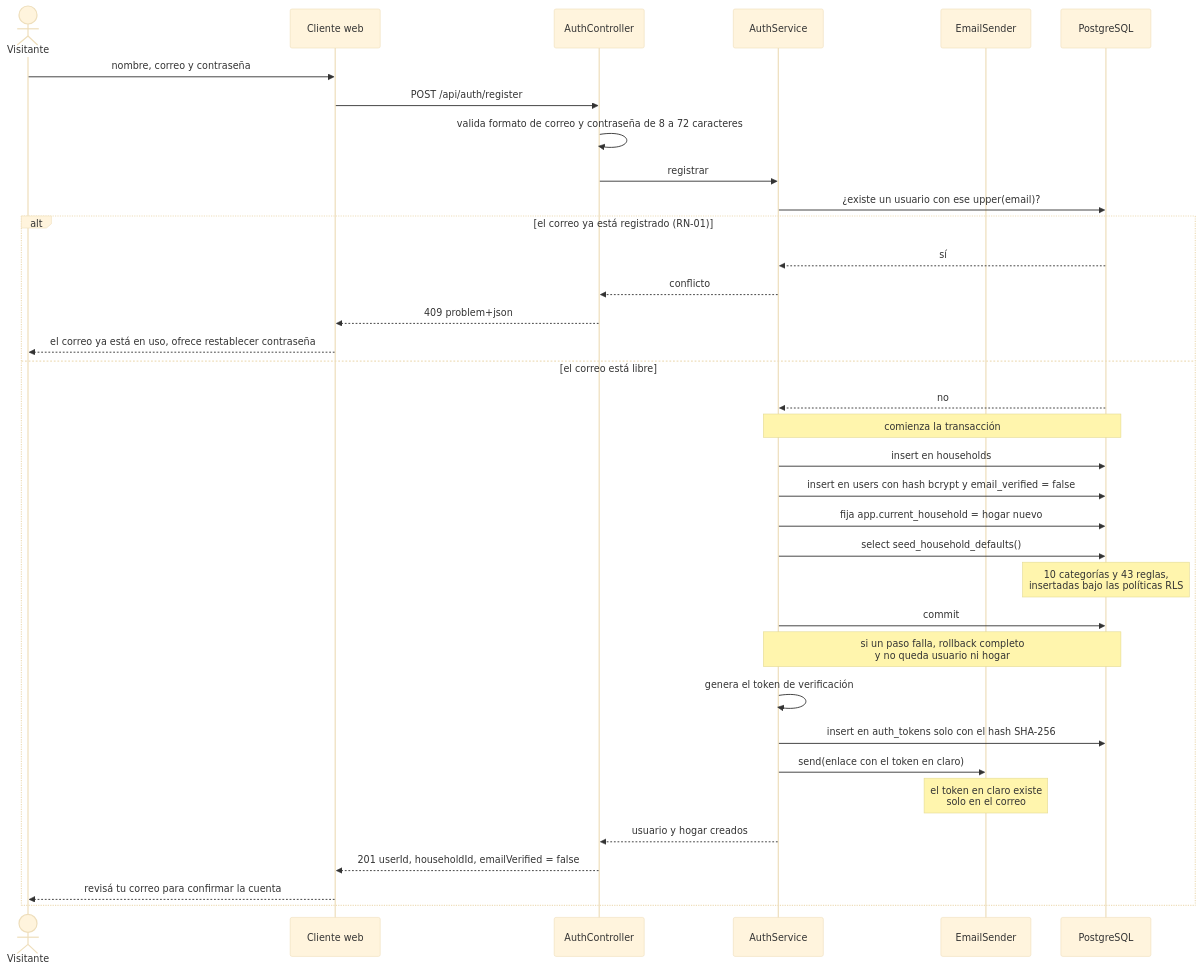
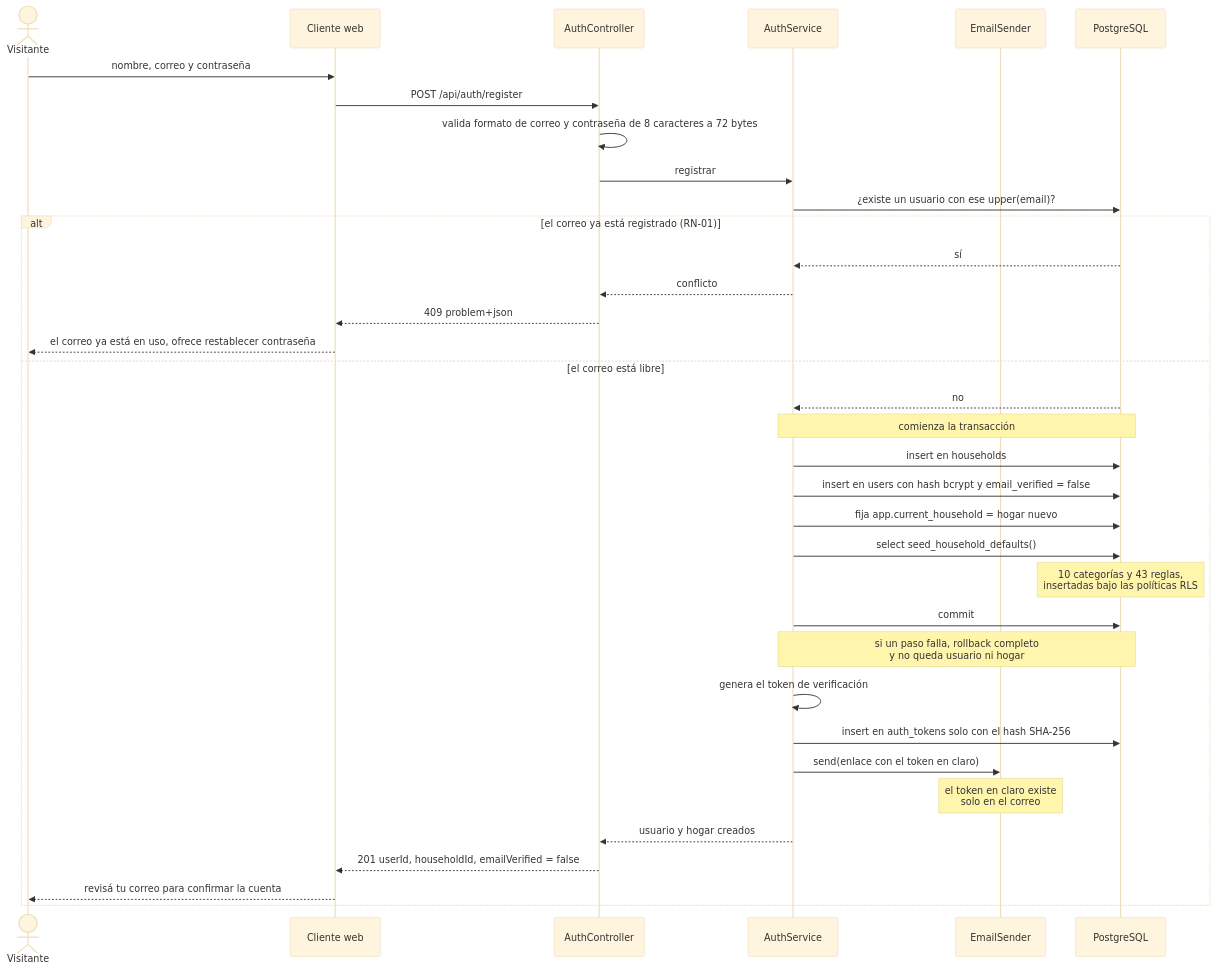
The sixth of 19 diagrams in docs/diagramas.md (patorinaldi/gastos), drawn with Mermaid (base theme) before and after one commit. The commit also changed other lines of this file and 1 other file, not shown here.

````diff
--- a/docs/diagramas.md
+++ b/docs/diagramas.md
@@ -323,40 +325,40 @@
 ```mermaid
 sequenceDiagram
     actor U as Visitante
     participant W as Cliente web
     participant C as AuthController
     participant S as AuthService
     participant M as EmailSender
     participant DB as PostgreSQL
 
     U->>W: nombre, correo y contraseña
     W->>C: POST /api/auth/register
-    C->>C: valida formato de correo y contraseña de 8 a 72 caracteres
+    C->>C: valida formato de correo y contraseña de 8 caracteres a 72 bytes
     C->>S: registrar
     S->>DB: ¿existe un usuario con ese upper(email)?
 
     alt el correo ya está registrado (RN-01)
         DB-->>S: sí
         S-->>C: conflicto
         C-->>W: 409 problem+json
         W-->>U: el correo ya está en uso, ofrece restablecer contraseña
     else el correo está libre
         DB-->>S: no
         Note over S,DB: comienza la transacción
         S->>DB: insert en households
         S->>DB: insert en users con hash bcrypt y email_verified = false
         S->>DB: fija app.current_household = hogar nuevo
         S->>DB: select seed_household_defaults()
         Note over DB: 10 categorías y 43 reglas,<br/>insertadas bajo las políticas RLS
         S->>DB: commit
         Note over S,DB: si un paso falla, rollback completo<br/>y no queda usuario ni hogar
 
         S->>S: genera el token de verificación
         S->>DB: insert en auth_tokens solo con el hash SHA-256
         S->>M: send(enlace con el token en claro)
         Note over M: el token en claro existe<br/>solo en el correo
         S-->>C: usuario y hogar creados
         C-->>W: 201 userId, householdId, emailVerified = false
         W-->>U: revisá tu correo para confirmar la cuenta
     end
 ```
````
